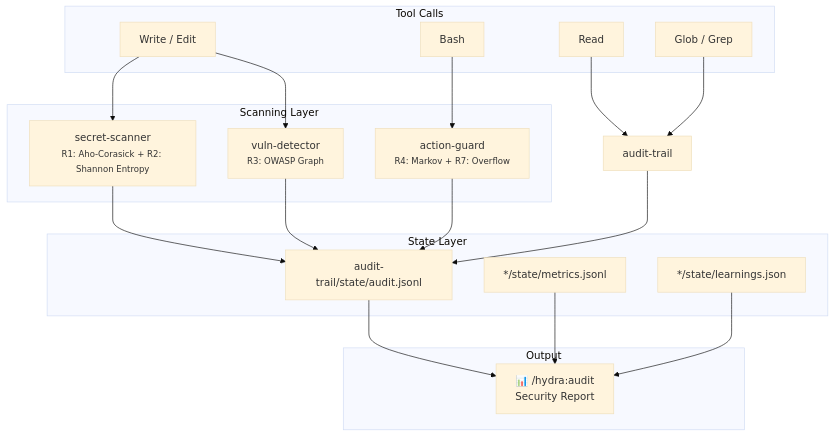
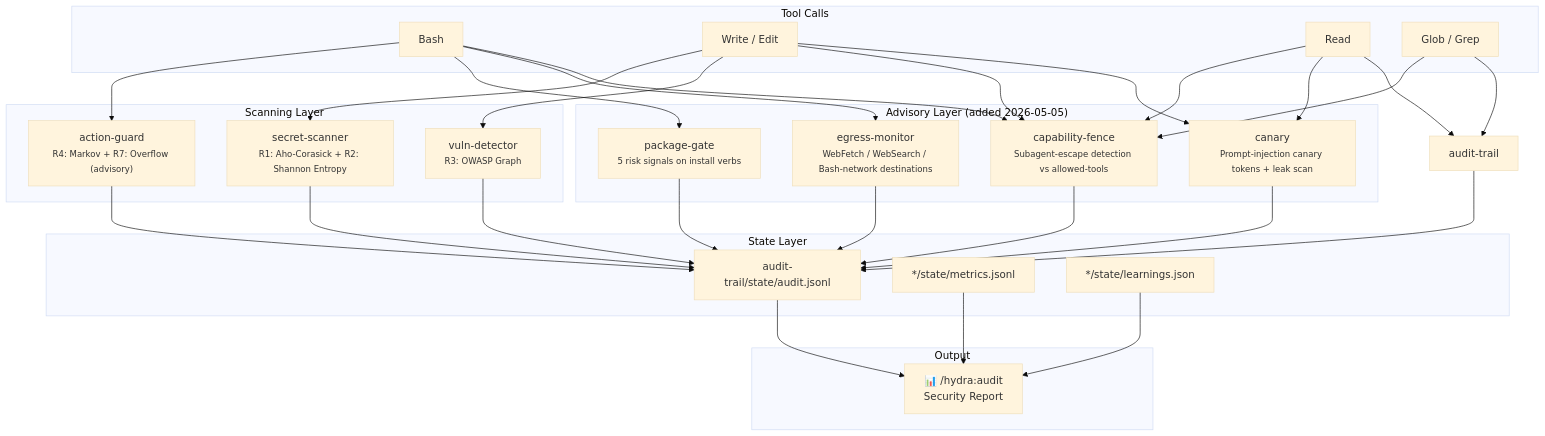
The diagram in docs/architecture/dataflow.mmd (enchanter-ai/hydra), drawn with Mermaid (base theme) before and after one commit. The commit also changed 4 other files, not shown here.

First line of the commit message:
docs: register new plugins in marketplace.json + README + .mmd diagrams

```diff
--- a/docs/architecture/dataflow.mmd
+++ b/docs/architecture/dataflow.mmd
@@ -1,32 +1,50 @@
 graph TB
     subgraph inputs["Tool Calls"]
         Bash["Bash"]
         Write["Write / Edit"]
         Read["Read"]
         Glob["Glob / Grep"]
     end
     subgraph scanning["Scanning Layer"]
         secrets["secret-scanner<br/><small>R1: Aho-Corasick + R2: Shannon Entropy</small>"]
         vulns["vuln-detector<br/><small>R3: OWASP Graph</small>"]
-        guard["action-guard<br/><small>R4: Markov + R7: Overflow</small>"]
+        guard["action-guard<br/><small>R4: Markov + R7: Overflow (advisory)</small>"]
+    end
+    subgraph advisory["Advisory Layer (added 2026-05-05)"]
+        pkg["package-gate<br/><small>5 risk signals on install verbs</small>"]
+        egress["egress-monitor<br/><small>WebFetch / WebSearch / Bash-network destinations</small>"]
+        cnry["canary<br/><small>Prompt-injection canary tokens + leak scan</small>"]
+        fence["capability-fence<br/><small>Subagent-escape detection vs allowed-tools</small>"]
     end
     Write --> secrets
     Write --> vulns
     Bash --> guard
+    Bash --> pkg
+    Bash --> egress
+    Bash --> fence
+    Read --> fence
+    Glob --> fence
+    Write --> fence
+    Read --> cnry
+    Write --> cnry
     subgraph state["State Layer"]
         audit["audit-trail/state/audit.jsonl"]
         metrics["*/state/metrics.jsonl"]
         learnings["*/state/learnings.json"]
     end
     secrets --> audit
     vulns --> audit
     guard --> audit
+    pkg --> audit
+    egress --> audit
+    cnry --> audit
+    fence --> audit
     Read --> audit_hook["audit-trail"]
     Glob --> audit_hook
     audit_hook --> audit
     subgraph output["Output"]
         report["📊 /hydra:audit<br/>Security Report"]
     end
     audit --> report
     metrics --> report
     learnings --> report
```
